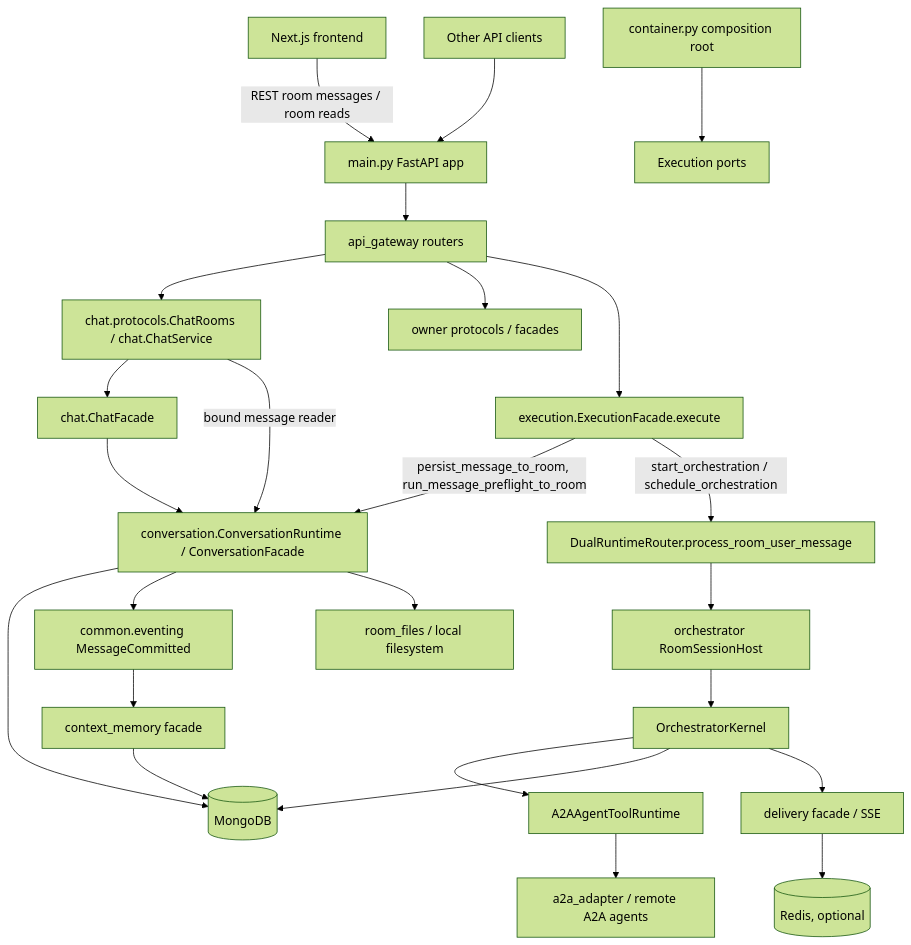
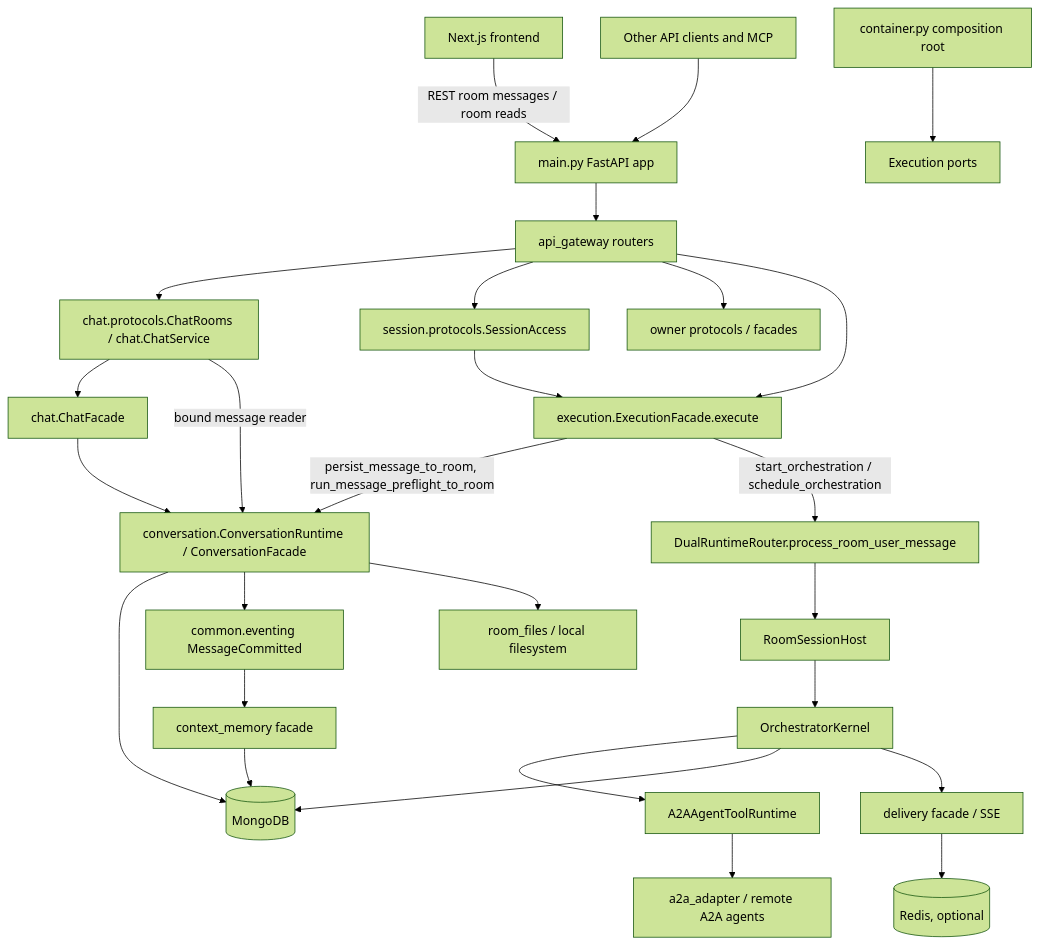
The diagram in backend/docs/System-Architecture.md (JeromeOvO/hybro), drawn with Mermaid (forest theme) before and after one commit. The commit also changed other lines of this file and 1 other file, not shown here.

First line of the commit message:
docs: describe current architecture per module and drop migration history

````diff
--- a/backend/docs/System-Architecture.md
+++ b/backend/docs/System-Architecture.md
@@ -239,29 +24,31 @@
 ```mermaid
 flowchart TD
     Frontend[Next.js frontend] -->|REST room messages / room reads| FastAPI[main.py FastAPI app]
-    APIClient[Other API clients] --> FastAPI
+    APIClient[Other API clients and MCP] --> FastAPI
     FastAPI --> APIGateway[api_gateway routers]
     APIGateway --> ChatRoutes[chat.protocols.ChatRooms / chat.ChatService]
+    APIGateway --> SessionRoutes[session.protocols.SessionAccess]
     APIGateway --> OwnerPorts[owner protocols / facades]
     APIGateway --> Execution[execution.ExecutionFacade.execute]
+    SessionRoutes --> Execution
     ChatRoutes --> Chat[chat.ChatFacade]
     ChatRoutes -->|bound message reader| Conversation
     Chat --> Conversation[conversation.ConversationRuntime / ConversationFacade]
 
     Container[container.py composition root] --> ExecutionPorts[Execution ports]
     Execution -->|persist_message_to_room, run_message_preflight_to_room| Conversation
     Execution -->|start_orchestration / schedule_orchestration| Router[DualRuntimeRouter.process_room_user_message]
-    Router --> SessionHost[orchestrator RoomSessionHost]
+    Router --> SessionHost[RoomSessionHost]
     SessionHost --> Kernel[OrchestratorKernel]
     Kernel --> ToolRuntime[A2AAgentToolRuntime]
     ToolRuntime --> A2A[a2a_adapter / remote A2A agents]
     Kernel --> Mongo[(MongoDB)]
     Kernel --> Delivery[delivery facade / SSE]
 
     Conversation --> Mongo
     Conversation --> InternalEventing[common.eventing MessageCommitted]
     InternalEventing --> ContextMemory[context_memory facade]
     Conversation --> RoomFiles[room_files / local filesystem]
     ContextMemory --> Mongo
     Delivery --> Redis[(Redis, optional)]
 ```
````
